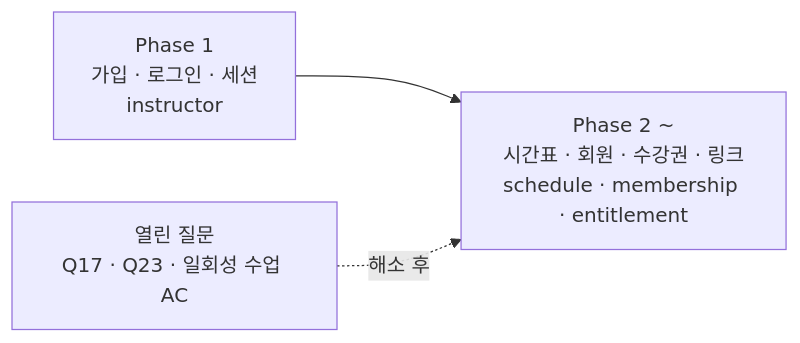
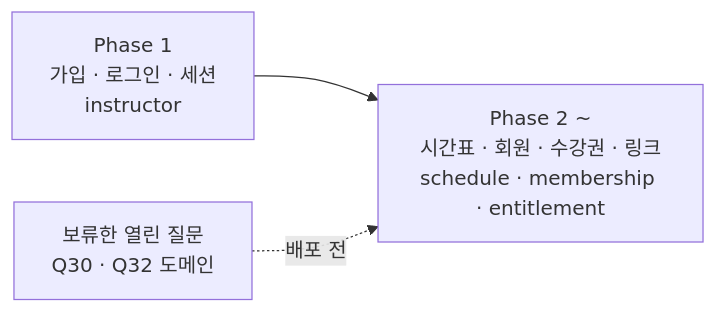
Before and after one commit to Fit-link-v2/FitLink-BE: the first of 4 diagrams in docs/spec/instructor/0001-instructor-setup/prd.md, drawn with Mermaid. The commit also changed other lines of this file and 1 other file, not shown here.

First line of the commit message:
docs: Phase 2 열린 질문 결정 반영 — 슬롯 생성 · 규칙 이어받기 · 일회성 수업 · API (#20)

````diff
--- a/docs/spec/instructor/0001-instructor-setup/prd.md
+++ b/docs/spec/instructor/0001-instructor-setup/prd.md
@@ -28,5 +28,5 @@
 ```mermaid
 flowchart LR
     P1["Phase 1<br/>가입 · 로그인 · 세션<br/>instructor"] --> P2["Phase 2 ~<br/>시간표 · 회원 · 수강권 · 링크<br/>schedule · membership · entitlement"]
-    Q["열린 질문<br/>Q17 · Q23 · 일회성 수업 AC"] -.->|해소 후| P2
+    Q["보류한 열린 질문<br/>Q30 · Q32 도메인"] -.->|배포 전| P2
 ```
````
